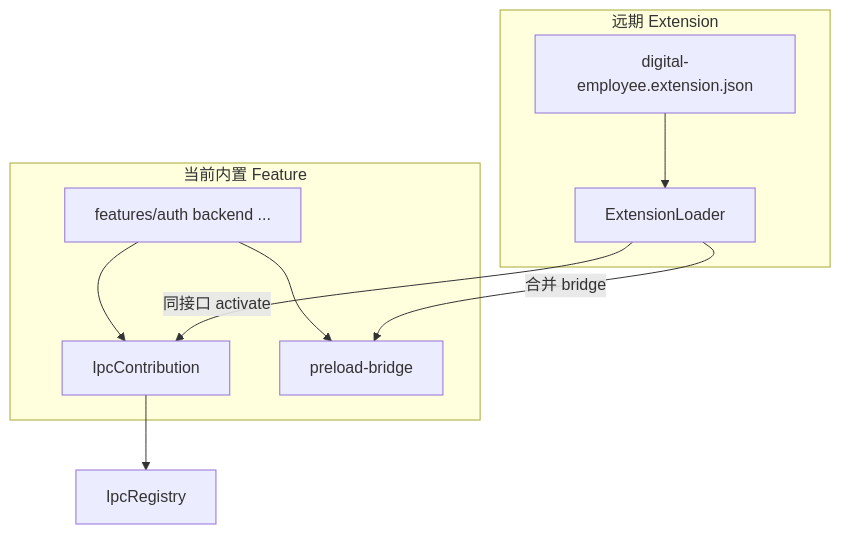
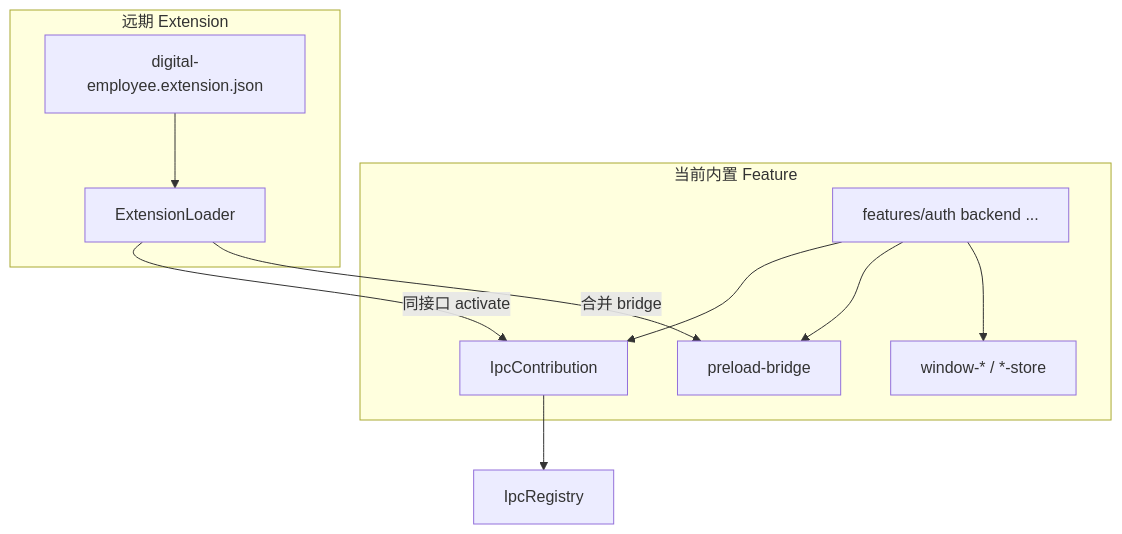
The sixth of 6 diagrams in apps/web/electron/README.md (rzx007/digital-employe-client-web-m), drawn with Mermaid before and after one commit. The commit also changed other lines of this file and 27 other files, not shown here.

````diff
--- a/apps/web/electron/README.md
+++ b/apps/web/electron/README.md
@@ -190,18 +233,19 @@
 ```mermaid
 flowchart TB
   subgraph today [当前内置 Feature]
     Builtin["features/auth backend ..."]
     Builtin --> IpcContrib["IpcContribution"]
     Builtin --> PreloadBridge2["preload-bridge"]
+    Builtin --> WinStore["window-* / *-store"]
   end
 
   subgraph future [远期 Extension]
     Manifest["digital-employee.extension.json"]
     Loader["ExtensionLoader"]
     Manifest --> Loader
     Loader -->|"同接口 activate"| IpcContrib
     Loader -->|"合并 bridge"| PreloadBridge2
   end
 
   IpcContrib --> Registry2["IpcRegistry"]
 ```
````
